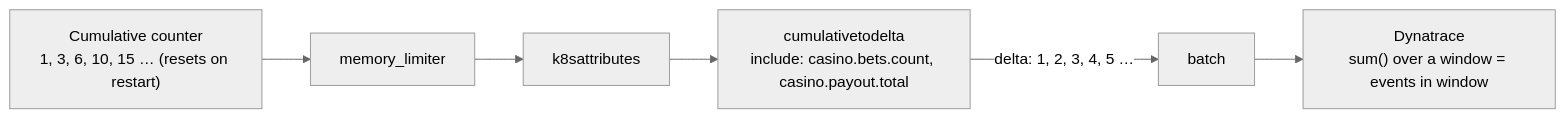
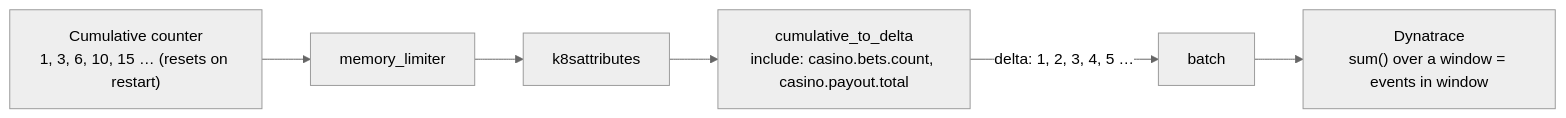
Before and after one commit to agardnerIT/Otel-Training: the diagram in docs-site/advanced/catalog-b6-cumulativetodelta.md, drawn with Mermaid (neutral theme). The commit also changed other lines of this file and 23 other files, not shown here.

````diff
--- a/docs-site/advanced/catalog-b6-cumulativetodelta.md
+++ b/docs-site/advanced/catalog-b6-cumulativetodelta.md
@@ -17,8 +17,8 @@
 ```mermaid
 flowchart LR
   cum["Cumulative counter<br/>1, 3, 6, 10, 15 … (resets on restart)"] --> ml["memory_limiter"]
   ml --> k8s["k8sattributes"]
-  k8s --> c2d["cumulativetodelta<br/>include: casino.bets.count, casino.payout.total"]
+  k8s --> c2d["cumulative_to_delta<br/>include: casino.bets.count, casino.payout.total"]
   c2d -->|"delta: 1, 2, 3, 4, 5 …"| b["batch"]
   b --> dt["Dynatrace<br/>sum() over a window = events in window"]
 ```
````
